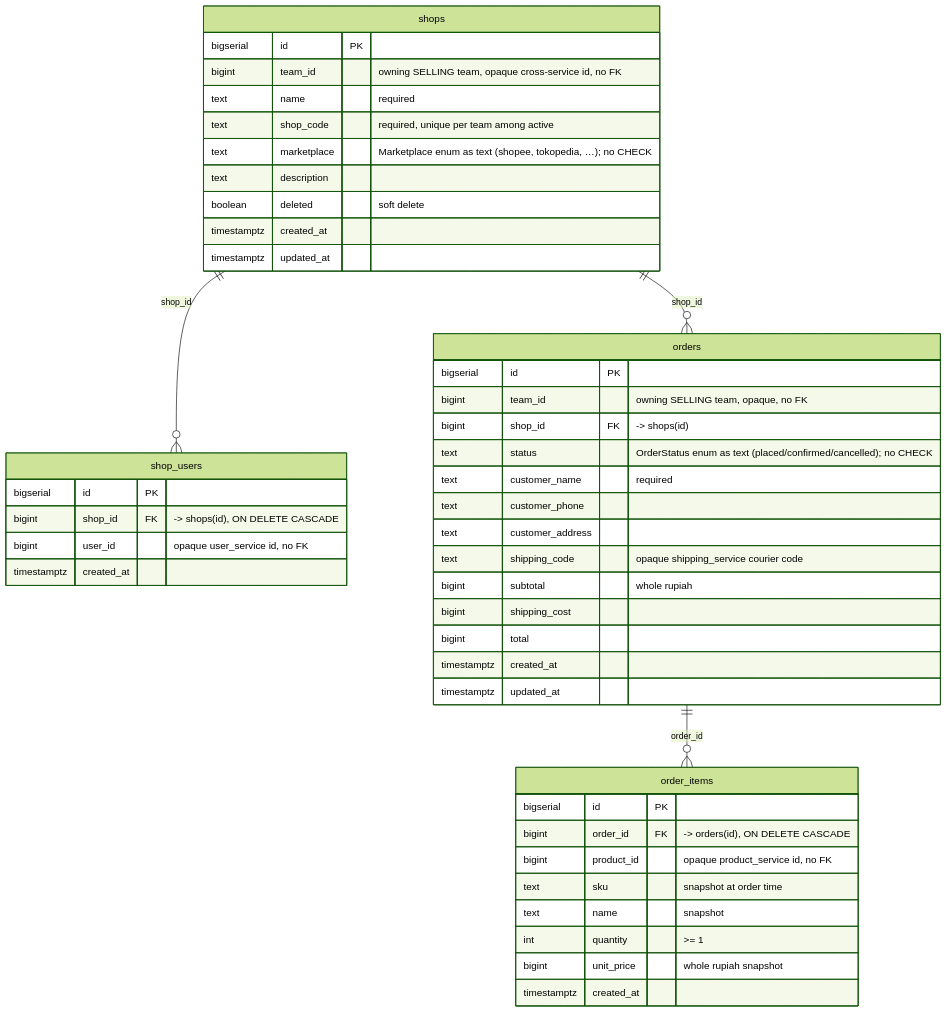
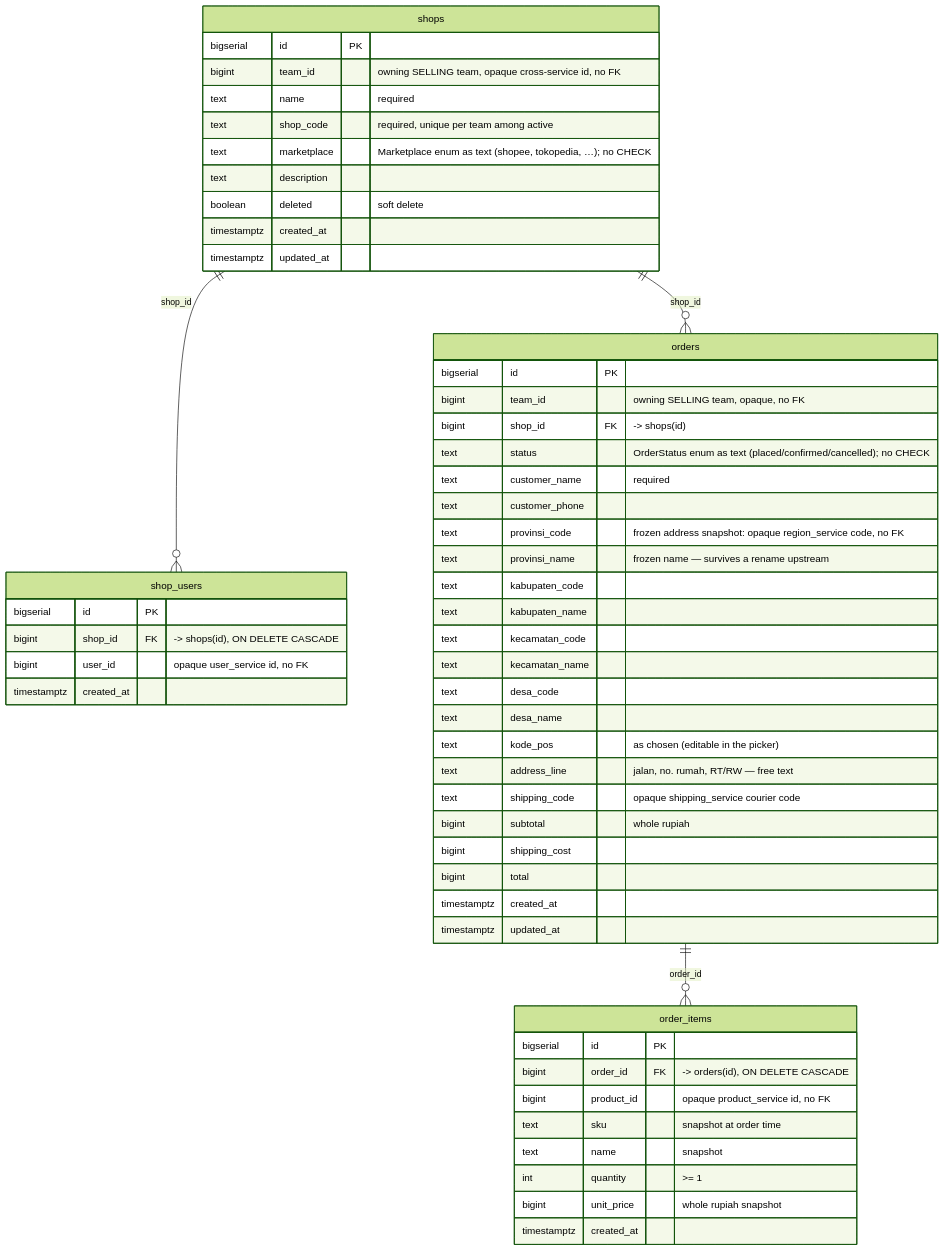
The fifth of 10 diagrams in docs/database-schema.md (pdcgo/warehouse_revamp), drawn with Mermaid (forest theme) before and after one commit. The commit also changed other lines of this file and 17 other files, not shown here.

First line of the commit message:
#118 Order customer address: structured + snapshotted

````diff
--- a/docs/database-schema.md
+++ b/docs/database-schema.md
@@ -193,52 +193,61 @@
 ```mermaid
 erDiagram
     shops ||--o{ shop_users : "shop_id"
     shops ||--o{ orders : "shop_id"
     orders ||--o{ order_items : "order_id"
 
     shops {
         bigserial   id          PK
         bigint      team_id     "owning SELLING team, opaque cross-service id, no FK"
         text        name        "required"
         text        shop_code   "required, unique per team among active"
         text        marketplace "Marketplace enum as text (shopee, tokopedia, …); no CHECK"
         text        description
         boolean     deleted     "soft delete"
         timestamptz created_at
         timestamptz updated_at
     }
 
     shop_users {
         bigserial   id         PK
         bigint      shop_id    FK "-> shops(id), ON DELETE CASCADE"
         bigint      user_id    "opaque user_service id, no FK"
         timestamptz created_at
     }
 
     orders {
         bigserial   id               PK
         bigint      team_id          "owning SELLING team, opaque, no FK"
         bigint      shop_id          FK "-> shops(id)"
         text        status           "OrderStatus enum as text (placed/confirmed/cancelled); no CHECK"
         text        customer_name    "required"
         text        customer_phone
-        text        customer_address
+        text        provinsi_code    "frozen address snapshot: opaque region_service code, no FK"
+        text        provinsi_name    "frozen name — survives a rename upstream"
+        text        kabupaten_code
+        text        kabupaten_name
+        text        kecamatan_code
+        text        kecamatan_name
+        text        desa_code
+        text        desa_name
+        text        kode_pos         "as chosen (editable in the picker)"
+        text        address_line     "jalan, no. rumah, RT/RW — free text"
         text        shipping_code    "opaque shipping_service courier code"
         bigint      subtotal         "whole rupiah"
         bigint      shipping_cost
         bigint      total
         timestamptz created_at
         timestamptz updated_at
     }
 
     order_items {
         bigserial   id         PK
         bigint      order_id   FK "-> orders(id), ON DELETE CASCADE"
         bigint      product_id "opaque product_service id, no FK"
         text        sku        "snapshot at order time"
         text        name       "snapshot"
         int         quantity   ">= 1"
         bigint      unit_price "whole rupiah snapshot"
         timestamptz created_at
     }
 ```
````
